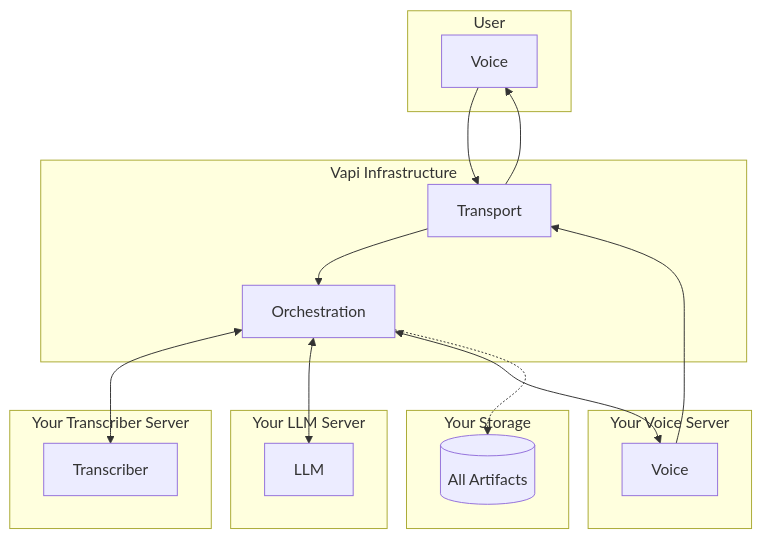
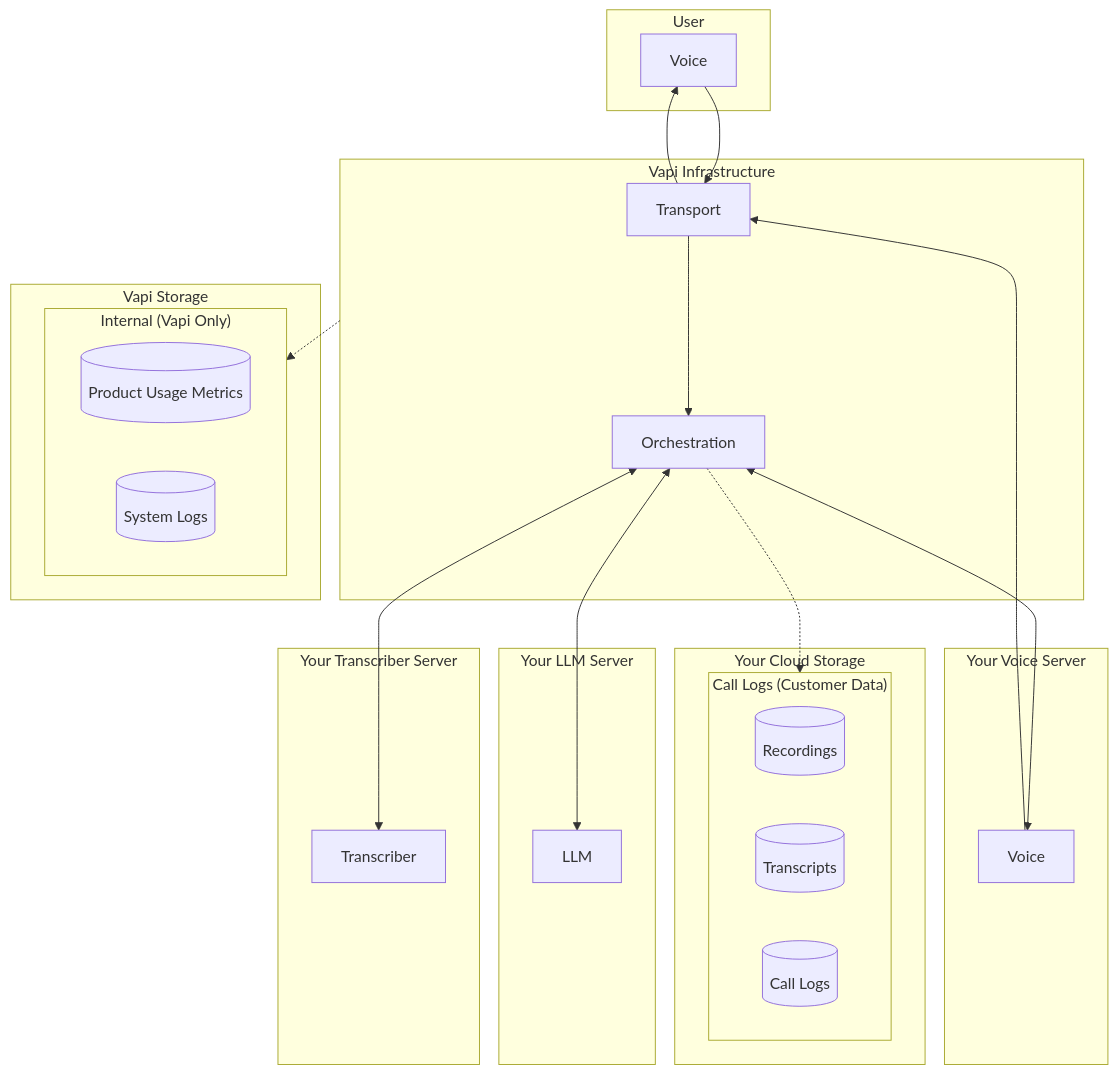
Before and after one commit to VapiAI/docs: the fourth of 4 diagrams in fern/security-and-privacy/data-flow.mdx, drawn with Mermaid. The commit also changed other lines of this file, not shown here.

````diff
--- a/fern/security-and-privacy/data-flow.mdx
+++ b/fern/security-and-privacy/data-flow.mdx
@@ -231,35 +264,47 @@
 ```mermaid
 flowchart TB
     subgraph User["User"]
         A[Voice]
     end
     
     subgraph Vapi["Vapi Infrastructure"]
         T[Transport]
         O[Orchestration]
     end
     
     subgraph YourSTT["Your Transcriber Server"]
         STT[Transcriber]
     end
     
     subgraph YourLLM["Your LLM Server"]
         LLM[LLM]
     end
     
     subgraph YourTTS["Your Voice Server"]
         TTS[Voice]
     end
     
-    subgraph YourStorage["Your Storage"]
-        S[(All Artifacts)]
+    subgraph YourStorage["Your Cloud Storage"]
+        subgraph CustomerCallData["Call Logs (Customer Data)"]
+            S[(Recordings)]
+            S2[(Transcripts)]
+            S3[(Call Logs)]
+        end
+    end
+
+    subgraph VapiStorage["Vapi Storage"]
+        subgraph InternalData["Internal (Vapi Only)"]
+            M[(Product Usage Metrics)]
+            SL[(System Logs)]
+        end
     end
     
     A --> T
     T --> O
     O <--> STT
     O <--> LLM
     O <--> TTS
     TTS --> T --> A
-    O -.-> S
+    O -.-> CustomerCallData
+    Vapi -.-> InternalData
 ```
````
